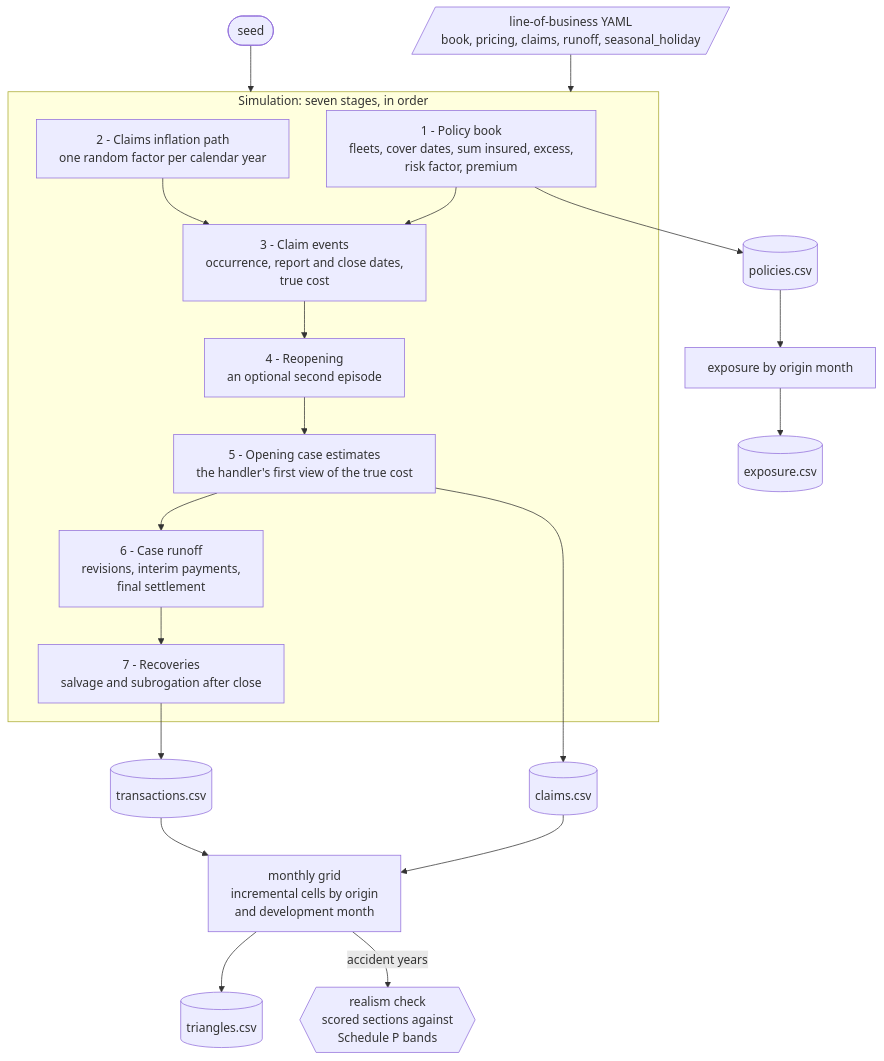
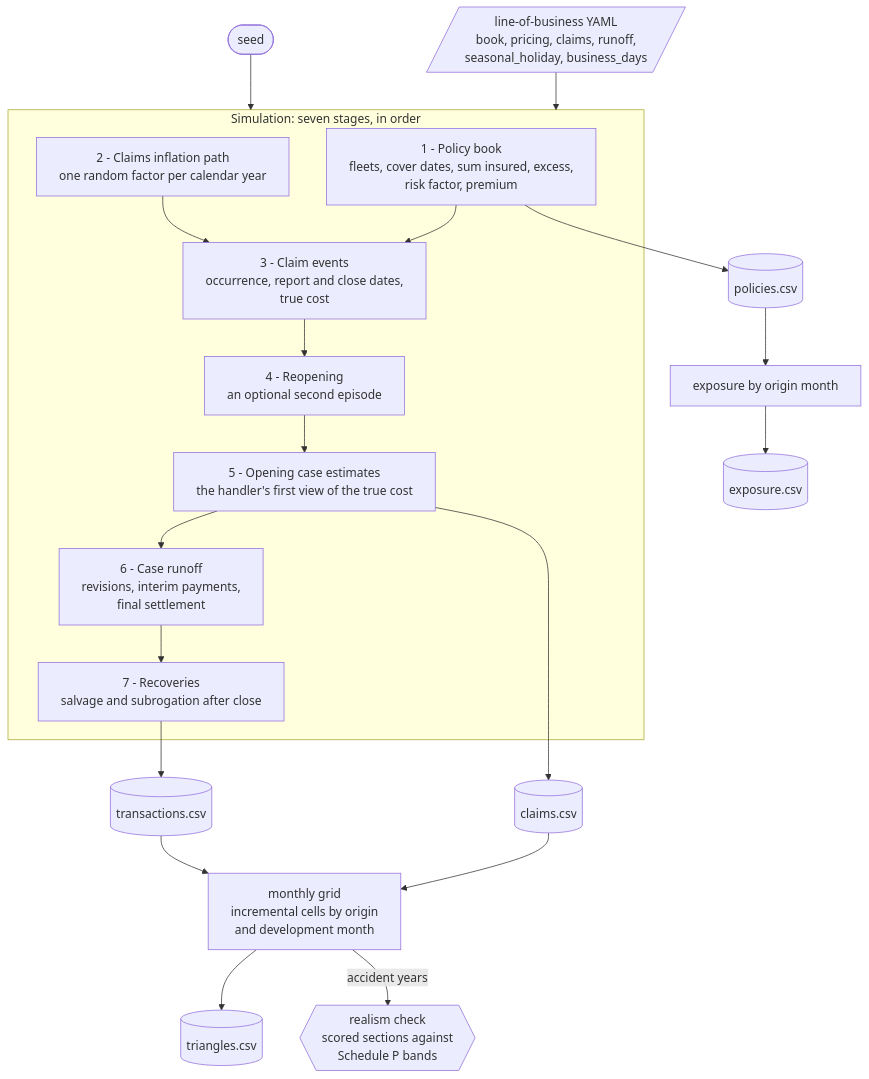
Before and after one commit to le-marais/claims-data-generator: the first of 10 diagrams in README.md, drawn with Mermaid. The commit also changed other lines of this file and 23 other files, not shown here.

First line of the commit message:
Process claims on business days, with US, UK and South African calendars (#38)

````diff
--- a/README.md
+++ b/README.md
@@ -70,36 +70,36 @@
 ```mermaid
 %%{init: {"flowchart": {"wrappingWidth": 480}}}%%
 flowchart TD
-    yaml[/"line-of-business YAML<br/>book, pricing, claims, runoff, seasonal_holiday"/]
+    yaml[/"line-of-business YAML<br/>book, pricing, claims, runoff,<br/>seasonal_holiday, business_days"/]
     seed(["seed"])
     subgraph sim["Simulation: seven stages, in order"]
         s1["1 - Policy book<br/>fleets, cover dates, sum insured, excess,<br/>risk factor, premium"]
         s2["2 - Claims inflation path<br/>one random factor per calendar year"]
         s3["3 - Claim events<br/>occurrence, report and close dates,<br/>true cost"]
         s4["4 - Reopening<br/>an optional second episode"]
         s5["5 - Opening case estimates<br/>the handler's first view of the true cost"]
         s6["6 - Case runoff<br/>revisions, interim payments,<br/>final settlement"]
         s7["7 - Recoveries<br/>salvage and subrogation after close"]
         s1 --> s3
         s2 --> s3
         s3 --> s4 --> s5 --> s6 --> s7
     end
     policiesCsv[("policies.csv")]
     claimsCsv[("claims.csv")]
     transactionsCsv[("transactions.csv")]
     grid["monthly grid<br/>incremental cells by origin<br/>and development month"]
     exposure["exposure by origin month"]
     trianglesCsv[("triangles.csv")]
     exposureCsv[("exposure.csv")]
     realism{{"realism check<br/>scored sections against<br/>Schedule P bands"}}
     yaml --> sim
     seed --> sim
     s1 --> policiesCsv
     s5 --> claimsCsv
     s7 --> transactionsCsv
     claimsCsv & transactionsCsv --> grid
     policiesCsv --> exposure
     grid --> trianglesCsv
     exposure --> exposureCsv
     grid -- "accident years" --> realism
 ```
````
